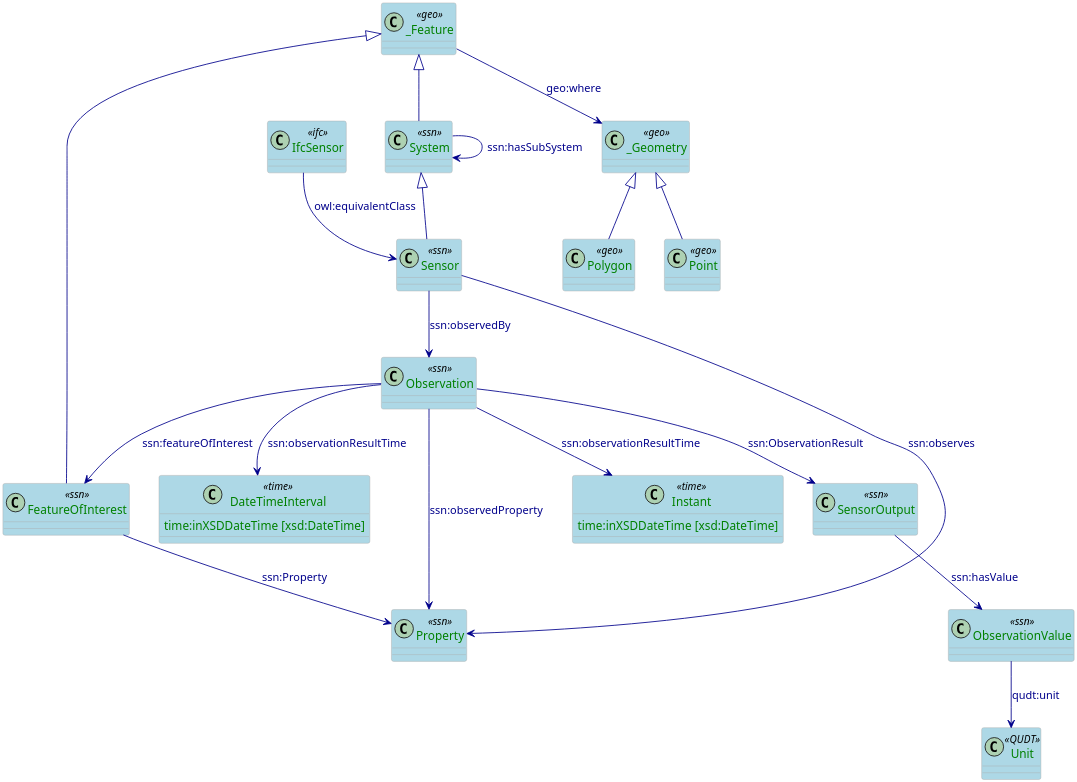
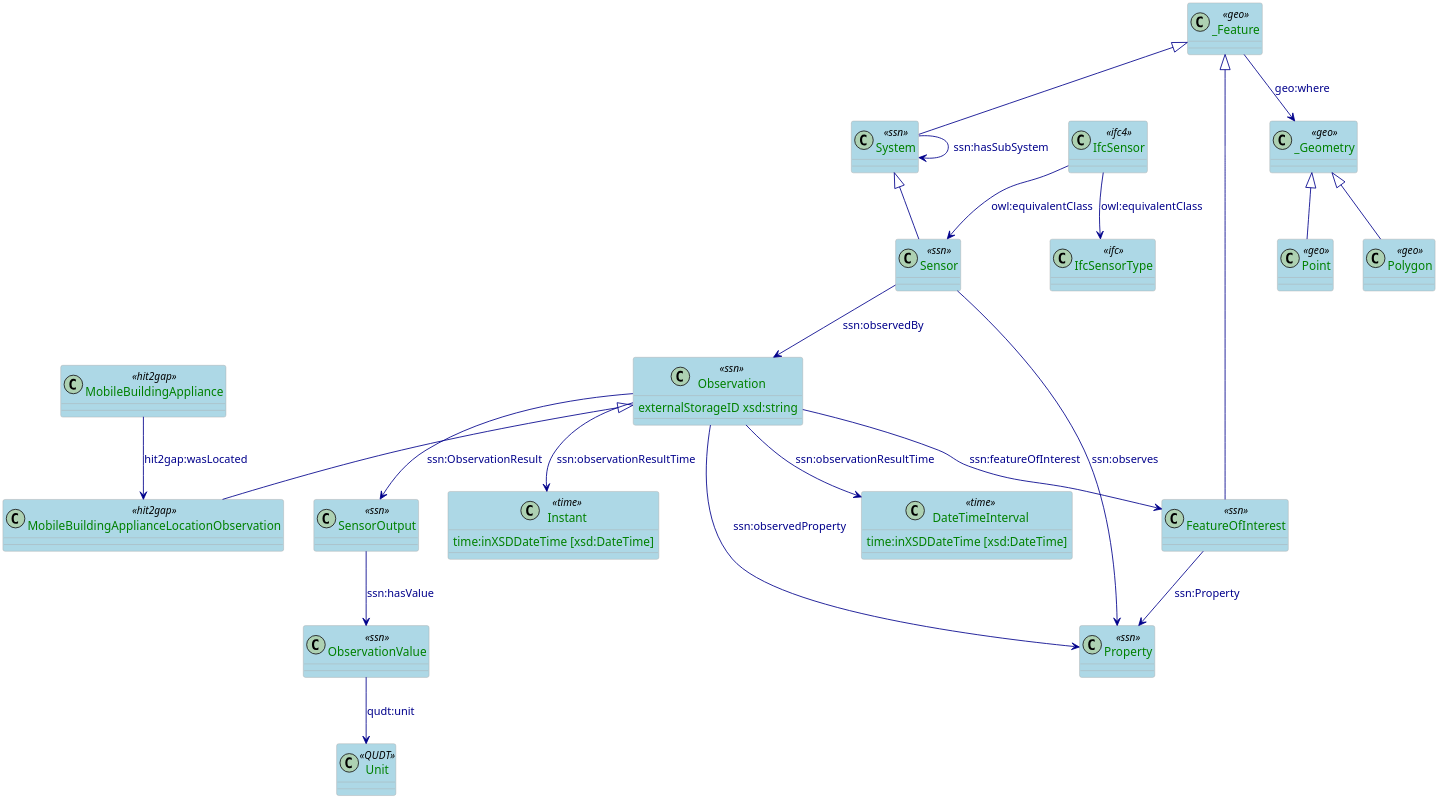
One commit to HIT2GAP-EU-PROJECT/BEMOnt changed the diagram in docs/_book/plantuml/SensorRepresentation.puml. Above: the diagram before and after it, drawn with PlantUML. The commit also changed 43 other files, not shown here.

```diff
--- a/docs/_book/plantuml/SensorRepresentation.puml
+++ b/docs/_book/plantuml/SensorRepresentation.puml
@@ -1,75 +1,87 @@
 @startuml
 
 skinparam class {
   ArrowColor DarkBlue
   ArrowFontColor DarkBlue
   BackgroundColor LightBlue
   BorderColor DarkGrey
 }
 skinparam dpi 300
 skinparam stereotypeCBackgroundColor Wheat
 skinparam classAttributeFontColor  Green
 
 
 /'
  Definition of the classes referring the SSN-core part
 '/
 class System <<ssn>>
 class Sensor <<ssn>>
-class Observation <<ssn>>
+class Observation <<ssn>> {
+  externalStorageID xsd:string
+}
+
+class MobileBuildingApplianceLocationObservation <<hit2gap>>
+class MobileBuildingAppliance <<hit2gap>>
+
 class FeatureOfInterest <<ssn>>
 class Property <<ssn>>
 class SensorOutput <<ssn>>
 class ObservationValue <<ssn>>
 class Instant <<time>>{
     time:inXSDDateTime [xsd:DateTime]
 }
 class DateTimeInterval <<time>>{
     time:inXSDDateTime [xsd:DateTime]
 }
 class Unit <<QUDT>>
 
-class IfcSensor <<ifc>>
+class IfcSensor <<ifc4>>
+class IfcSensorType <<ifc>>
 
 /'
   Definition of the Geo-core part
 '/
 class _Feature <<geo>>
 class _Geometry <<geo>>
 class Point <<geo>>
 class Polygon <<geo>>
 
 
 /'
  Definition of the SSN model to model the sensor observation of the building
  facilities
 '/
 
 System --> System: ssn:hasSubSystem
 System <|-- Sensor
+
+Observation <|-- MobileBuildingApplianceLocationObservation
+MobileBuildingAppliance --> MobileBuildingApplianceLocationObservation: hit2gap:wasLocated
+
 IfcSensor --> Sensor: owl:equivalentClass
 Sensor --> Observation: ssn:observedBy
 Sensor --> Property: ssn:observes
 Observation --> FeatureOfInterest: ssn:featureOfInterest
 Observation --> Property: ssn:observedProperty
 FeatureOfInterest --> Property: ssn:Property
 Observation --> SensorOutput: ssn:ObservationResult
 SensorOutput --> ObservationValue: ssn:hasValue
 ObservationValue --> Unit: qudt:unit
 Observation --> Instant: ssn:observationResultTime
 Observation --> DateTimeInterval: ssn:observationResultTime
 
 /'
   Definition of the geospatial part using GeoOWL ontology
 '/
 
 _Feature --> _Geometry: geo:where
 _Geometry <|-- Point
 _Geometry <|-- Polygon
 
 _Feature <|-- FeatureOfInterest
 _Feature <|-- System
 
+IfcSensor --> IfcSensorType: owl:equivalentClass
 
 
 @enduml
```
